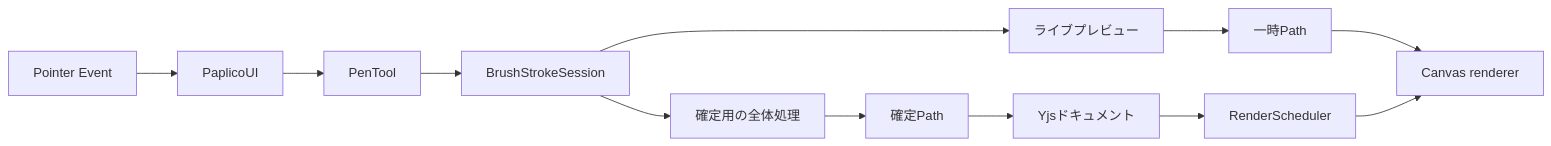
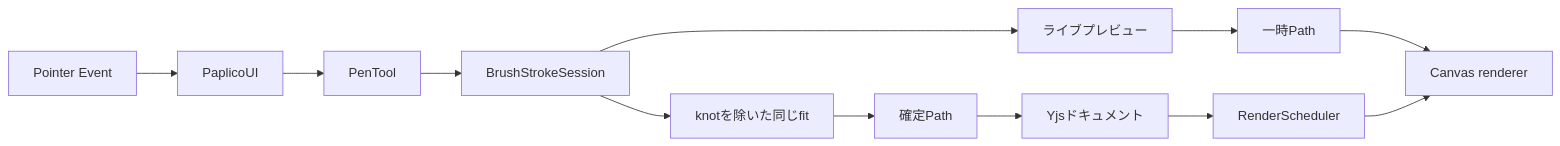
One commit to hanakla/paplico changed the diagram in pkgs/web/src/app/devdocs/brush-system/page.mdx. Above: the diagram before and after it, drawn with Mermaid. The commit also changed other lines of this file and 37 other files, not shown here.

````diff
--- a/pkgs/web/src/app/devdocs/brush-system/page.mdx
+++ b/pkgs/web/src/app/devdocs/brush-system/page.mdx
@@ -9,14 +9,14 @@
 ```mermaid
 flowchart LR
     A[Pointer Event] --> B[PaplicoUI]
     B --> C[PenTool]
     C --> D[BrushStrokeSession]
     D --> E[ライブプレビュー]
-    D --> F[確定用の全体処理]
+    D --> F[knotを除いた同じfit]
     E --> G[一時Path]
     F --> H[確定Path]
     H --> I[Yjsドキュメント]
     I --> J[RenderScheduler]
     G --> K[Canvas renderer]
     J --> K
 ```
````
